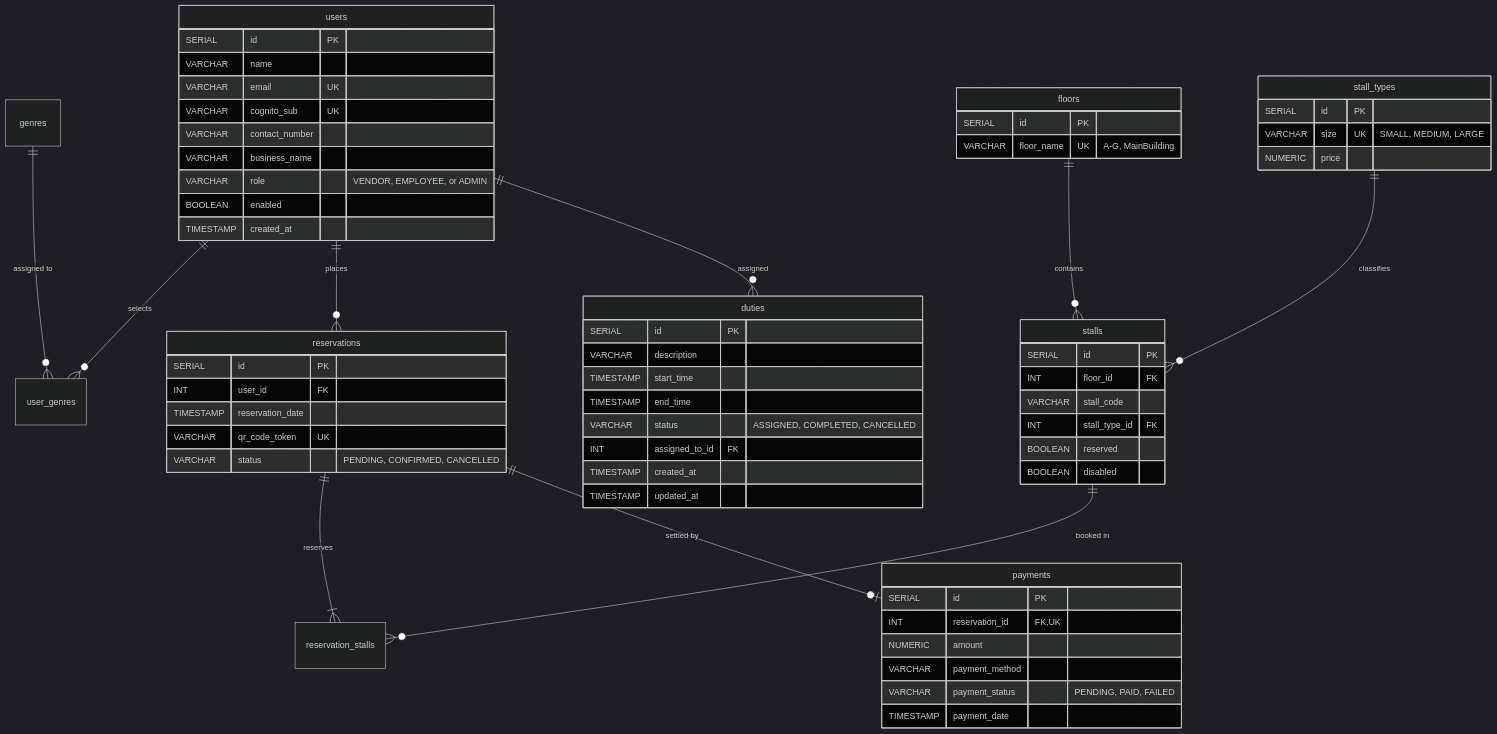
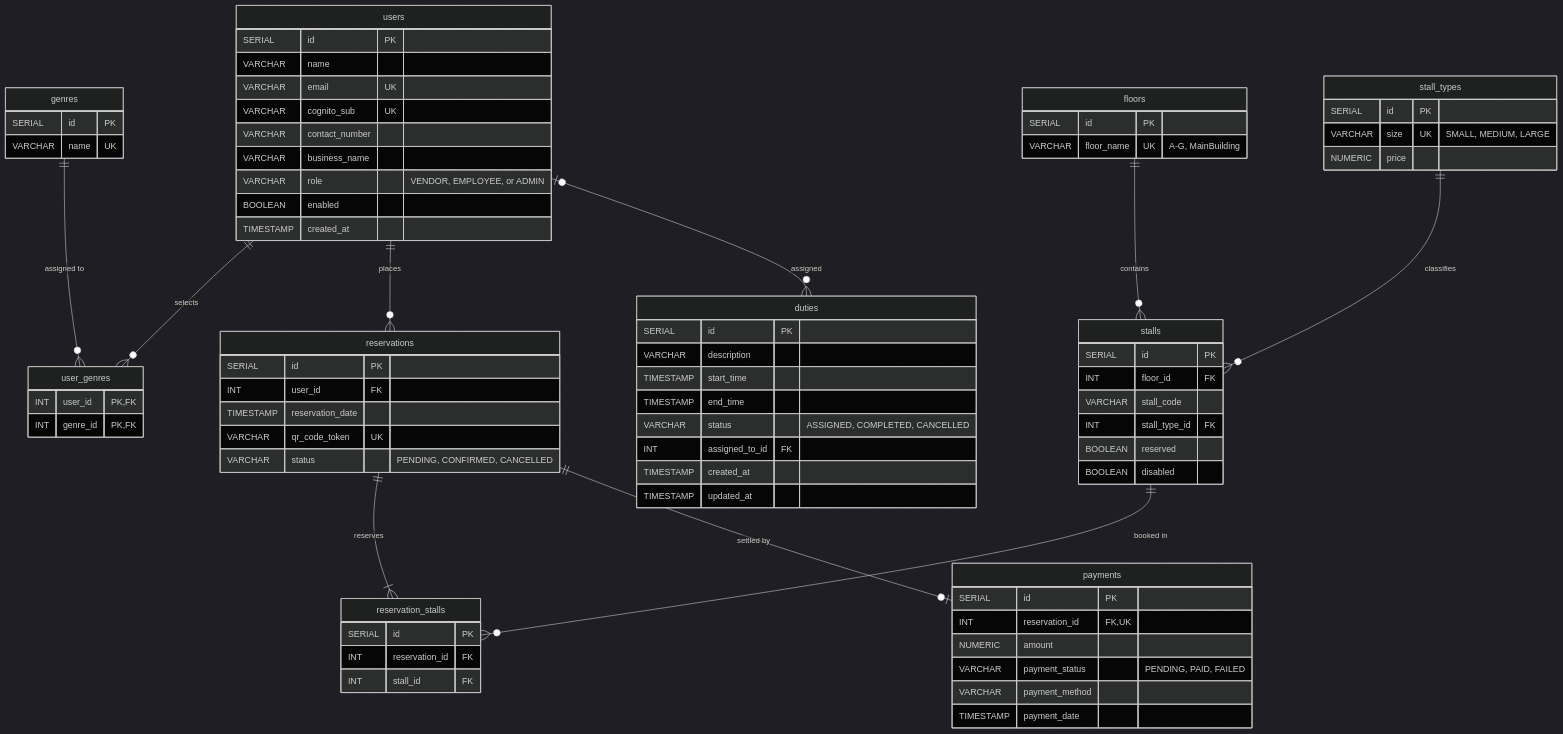
One commit to BGYKanishka/architecture_project changed the fourth of 4 diagrams in README.md. Above: the diagram before and after it, drawn with Mermaid (dark theme). The commit also changed other lines of this file and 2 other files, not shown here.

Commit message:
docs: update architecture diagrams, database schema, and AWS deployment script for production readiness

````diff
--- a/README.md
+++ b/README.md
@@ -186,7 +201,7 @@
     users ||--o{ user_genres : "selects"
     genres ||--o{ user_genres : "assigned to"
     users ||--o{ reservations : "places"
-    users ||--o{ duties : "assigned"
+    users |o--o{ duties : "assigned"
     floors ||--o{ stalls : "contains"
     stall_types ||--o{ stalls : "classifies"
     reservations ||--|{ reservation_stalls : "reserves"
@@ -237,8 +252,8 @@
         SERIAL id PK
         INT reservation_id FK, UK
         NUMERIC amount
+        VARCHAR payment_status "PENDING, PAID, FAILED"
         VARCHAR payment_method
-        VARCHAR payment_status "PENDING, PAID, FAILED"
         TIMESTAMP payment_date
     }
 
@@ -252,4 +267,20 @@
         TIMESTAMP created_at
         TIMESTAMP updated_at
     }
+
+    genres {
+        SERIAL id PK
+        VARCHAR name UK
+    }
+
+    user_genres {
+        INT user_id PK, FK
+        INT genre_id PK, FK
+    }
+
+    reservation_stalls {
+        SERIAL id PK
+        INT reservation_id FK
+        INT stall_id FK
+    }
 ```
````
